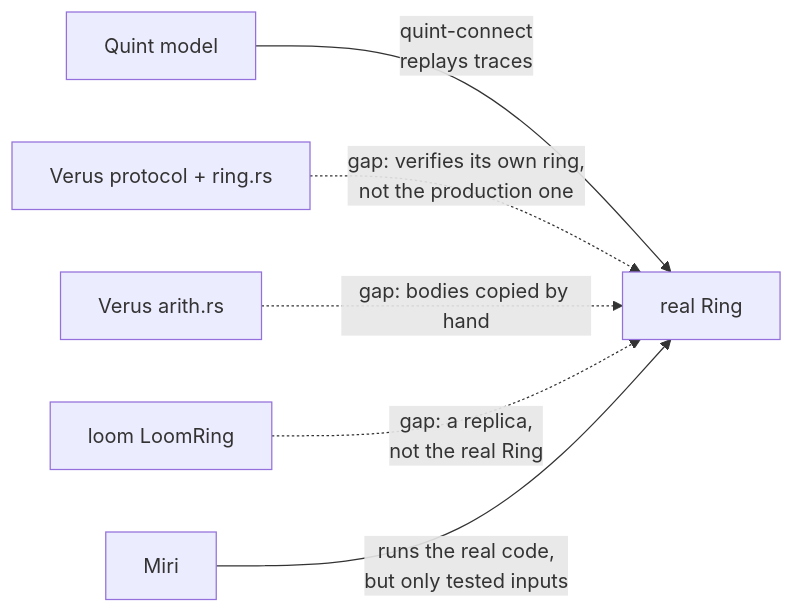
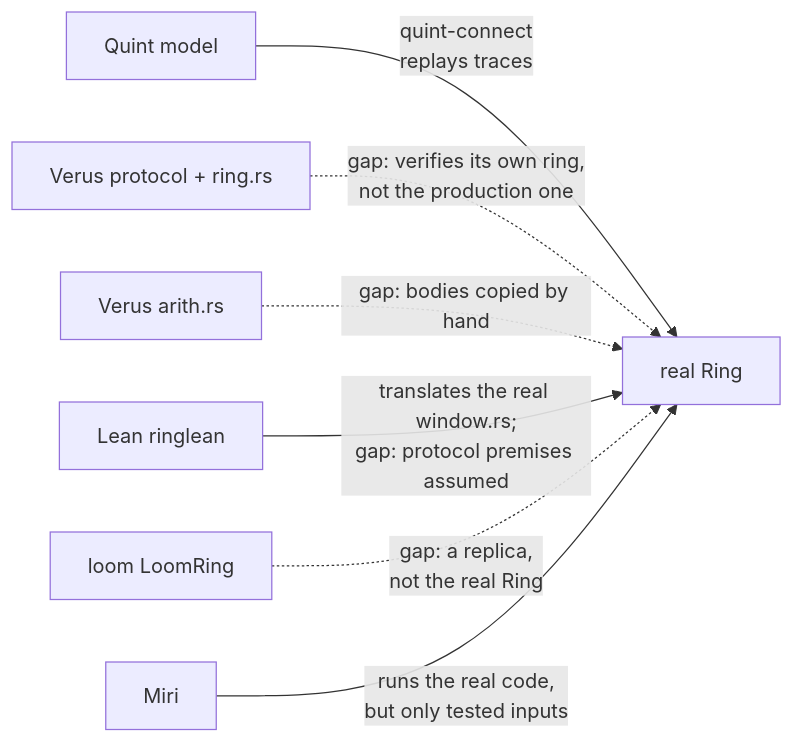
Before and after one commit to debasishg/ringmpsc-rs: the second of 2 diagrams in docs/VERIFICATION_ARCHITECTURE.md, drawn with Mermaid. The commit also changed other lines of this file and 9 other files, not shown here.

````diff
--- a/docs/VERIFICATION_ARCHITECTURE.md
+++ b/docs/VERIFICATION_ARCHITECTURE.md
@@ -107,8 +112,9 @@
 ```mermaid
 flowchart LR
     Q["Quint model"] -->|"quint-connect<br/>replays traces"| R["real Ring"]
     VP["Verus protocol + ring.rs"] -.->|"gap: verifies its own ring,<br/>not the production one"| R
     VA["Verus arith.rs"] -.->|"gap: bodies copied by hand"| R
+    LN["Lean ringlean"] -->|"translates the real window.rs;<br/>gap: protocol premises assumed"| R
     L["loom LoomRing"] -.->|"gap: a replica,<br/>not the real Ring"| R
     M["Miri"] -->|"runs the real code,<br/>but only tested inputs"| R
 ```
````
